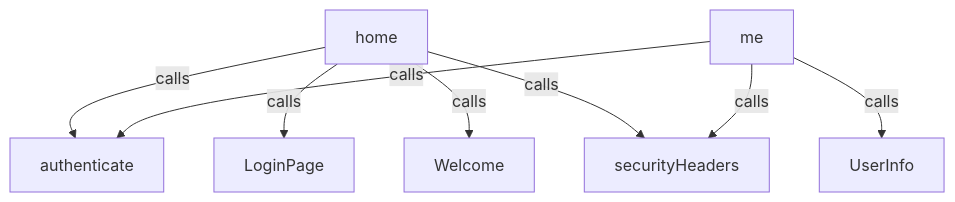
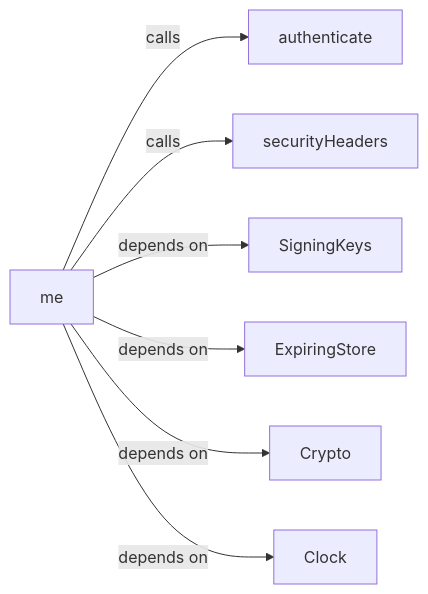
One commit to GreenPandaStudios/augscript changed the third of 5 diagrams in docs/examples/oidc-login/client/endpoints-diagrams.md. Above: the diagram before and after it, drawn with Mermaid. The commit also changed other lines of this file and 304 other files, not shown here.

Commit message:
Make generated data-flow sequences concise and review every diagram

````diff
--- a/docs/examples/oidc-login/client/endpoints-diagrams.md
+++ b/docs/examples/oidc-login/client/endpoints-diagrams.md
@@ -49,17 +53,16 @@
 ```mermaid
-flowchart TD
-    n0["home"]
-    n1["me"]
-    n2["authenticate"]
-    n3["LoginPage"]
-    n4["Welcome"]
-    n5["securityHeaders"]
-    n6["UserInfo"]
+flowchart LR
+    n0["me"]
+    n1["authenticate"]
+    n2["securityHeaders"]
+    n3["SigningKeys"]
+    n4["ExpiringStore"]
+    n5["Crypto"]
+    n6["Clock"]
+    n0 -->|"calls"| n1
     n0 -->|"calls"| n2
-    n0 -->|"calls"| n3
-    n0 -->|"calls"| n4
-    n0 -->|"calls"| n5
-    n1 -->|"calls"| n2
-    n1 -->|"calls"| n5
-    n1 -->|"calls"| n6
+    n0 -->|"depends on"| n3
+    n0 -->|"depends on"| n4
+    n0 -->|"depends on"| n5
+    n0 -->|"depends on"| n6
 ```
````
